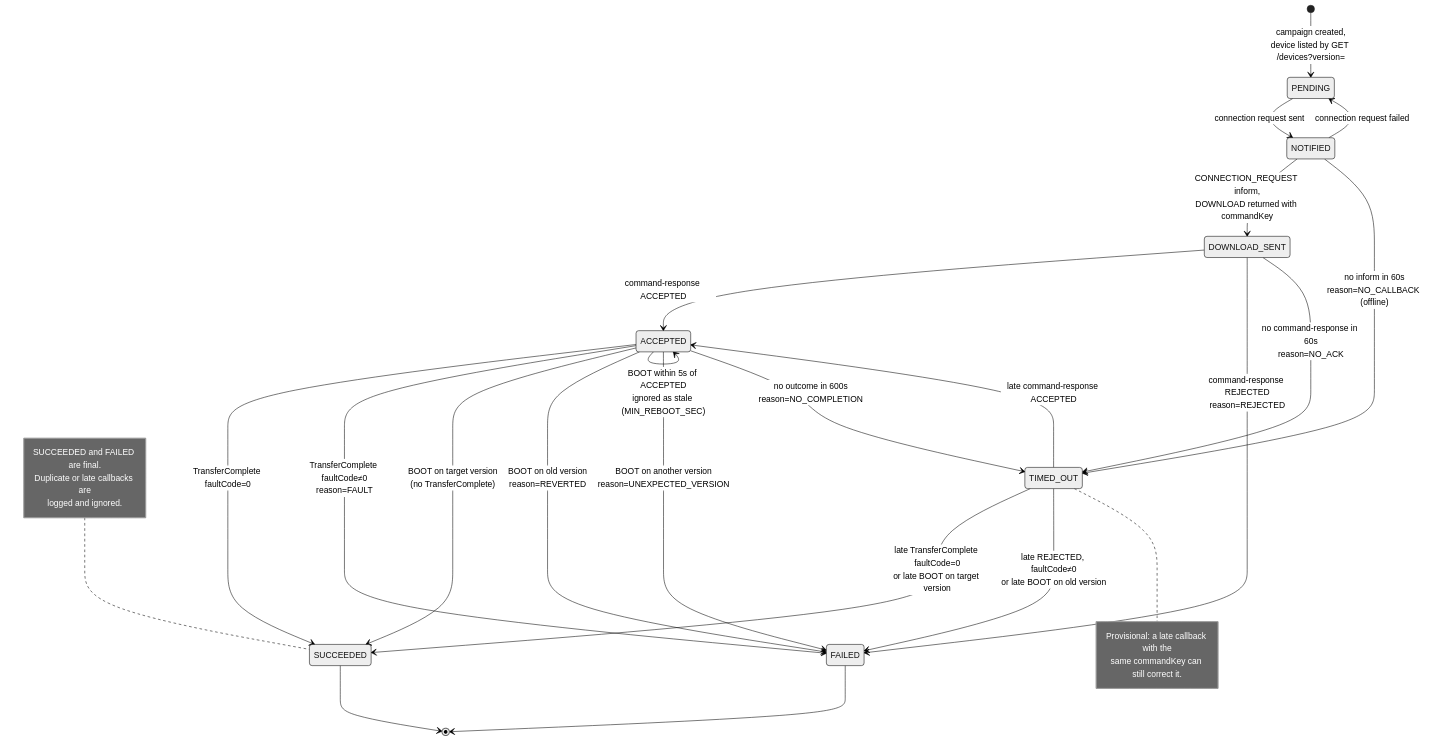
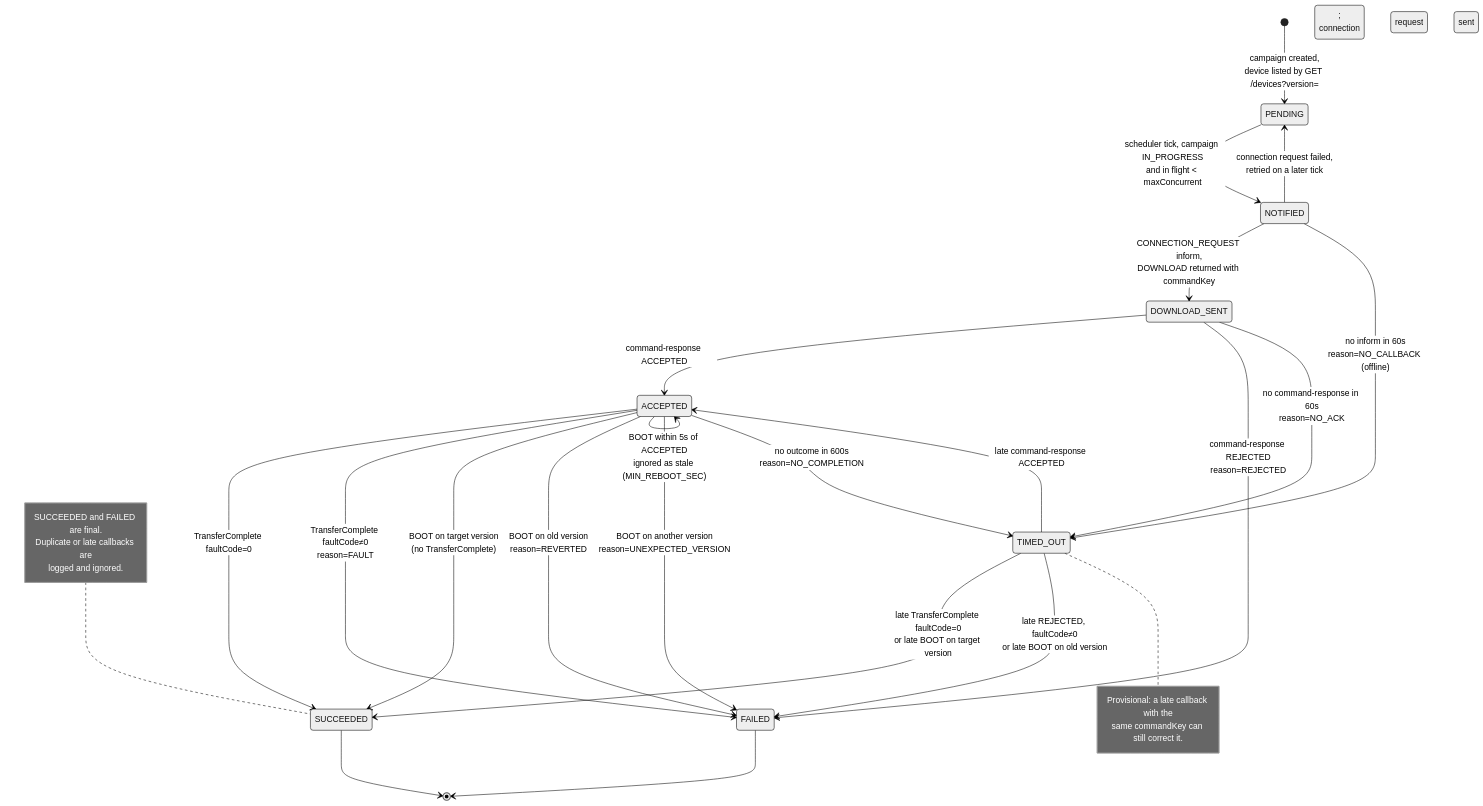
One commit to KallelOmar/att_controller changed the diagram in docs/device_status.mmd. Above: the diagram before and after it, drawn with Mermaid (neutral theme). The commit also changed 3 other files, not shown here.

Commit message:
Support maxConcurrent

```diff
--- a/docs/device_status.mmd
+++ b/docs/device_status.mmd
@@ -1,40 +1,40 @@
 stateDiagram-v2
     direction TB
 
     [*] --> PENDING : campaign created,<br/>device listed by GET /devices?version=
 
-    PENDING --> NOTIFIED : connection request sent
-    NOTIFIED --> PENDING : connection request failed
+    PENDING --> NOTIFIED : scheduler tick, campaign IN_PROGRESS<br/>and in flight < maxConcurrent;<br/>connection request sent
+    NOTIFIED --> PENDING : connection request failed,<br/>retried on a later tick
 
     NOTIFIED --> DOWNLOAD_SENT : CONNECTION_REQUEST inform,<br/>DOWNLOAD returned with commandKey
     NOTIFIED --> TIMED_OUT : no inform in 60s<br/>reason=NO_CALLBACK (offline)
 
     DOWNLOAD_SENT --> ACCEPTED : command-response ACCEPTED
     DOWNLOAD_SENT --> FAILED : command-response REJECTED<br/>reason=REJECTED
     DOWNLOAD_SENT --> TIMED_OUT : no command-response in 60s<br/>reason=NO_ACK
 
     ACCEPTED --> SUCCEEDED : TransferComplete faultCode=0
     ACCEPTED --> FAILED : TransferComplete faultCode≠0<br/>reason=FAULT
     ACCEPTED --> SUCCEEDED : BOOT on target version<br/>(no TransferComplete)
     ACCEPTED --> FAILED : BOOT on old version<br/>reason=REVERTED
     ACCEPTED --> FAILED : BOOT on another version<br/>reason=UNEXPECTED_VERSION
     ACCEPTED --> ACCEPTED : BOOT within 5s of ACCEPTED<br/>ignored as stale (MIN_REBOOT_SEC)
     ACCEPTED --> TIMED_OUT : no outcome in 600s<br/>reason=NO_COMPLETION
 
     TIMED_OUT --> ACCEPTED : late command-response ACCEPTED
     TIMED_OUT --> SUCCEEDED : late TransferComplete faultCode=0<br/>or late BOOT on target version
     TIMED_OUT --> FAILED : late REJECTED, faultCode≠0<br/>or late BOOT on old version
 
     SUCCEEDED --> [*]
     FAILED --> [*]
 
     note right of TIMED_OUT
         Provisional: a late callback with the
         same commandKey can still correct it.
     end note
 
     note left of SUCCEEDED
         SUCCEEDED and FAILED are final.
         Duplicate or late callbacks are
         logged and ignored.
     end note
```
